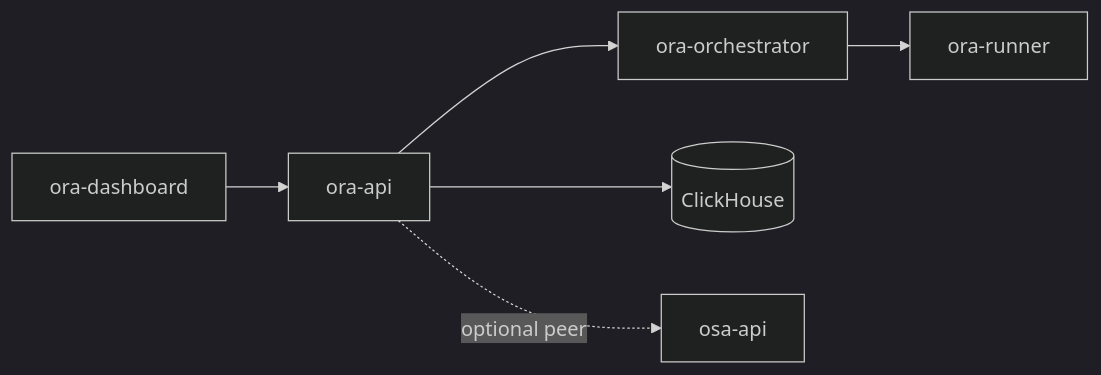
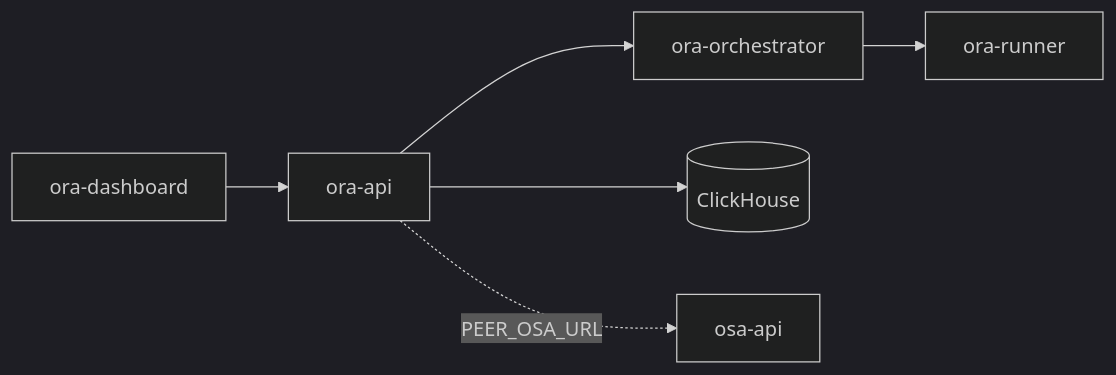
Before and after one commit to TheGrimmChester/OPA-AI-Orchestrator: the diagram in docs/architecture.md, drawn with Mermaid (dark theme). The commit also changed other lines of this file and 19 other files, not shown here.

````diff
--- a/docs/architecture.md
+++ b/docs/architecture.md
@@ -5,8 +5,8 @@
 ```mermaid
 flowchart LR
   UI[ora-dashboard] --> API[ora-api]
   API --> Orch[ora-orchestrator]
   Orch --> Runner[ora-runner]
   API --> CH[(ClickHouse)]
-  API -.->|optional peer| OSA[osa-api]
+  API -.->|PEER_OSA_URL| OSA[osa-api]
 ```
````
